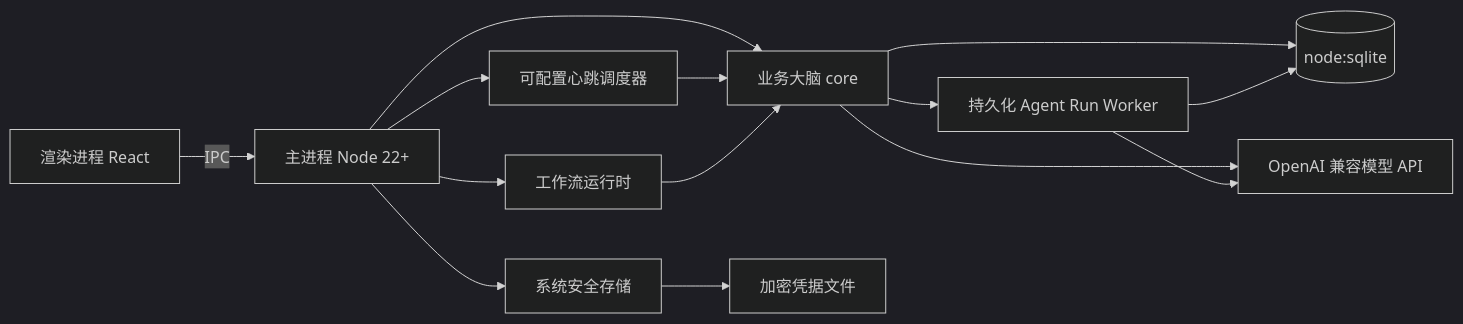
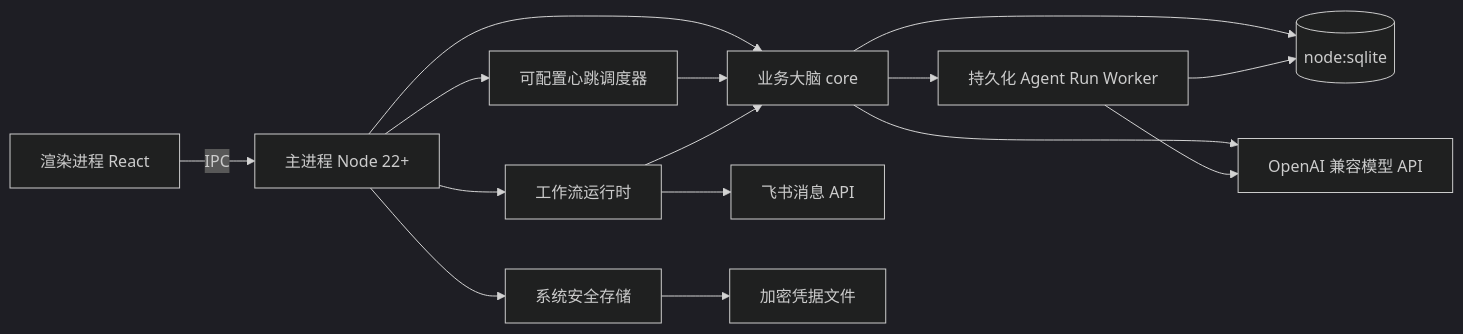
One commit to CuSO41108/mission-agent changed the diagram in README.md. Above: the diagram before and after it, drawn with Mermaid (dark theme). The commit also changed other lines of this file and 1 other file, not shown here.

Commit message:
docs(readme): document Feishu workflow connector

````diff
--- a/README.md
+++ b/README.md
@@ -115,16 +116,17 @@
 ```mermaid
 flowchart LR
   Renderer[渲染进程 React] -->|IPC| Main[主进程 Node 22+]
   Main --> Core[业务大脑 core]
   Core --> SQLite[(node:sqlite)]
   Core --> Model[OpenAI 兼容模型 API]
   Main --> Scheduler[可配置心跳调度器]
   Core --> Queue[持久化 Agent Run Worker]
   Queue --> SQLite
   Queue --> Model
   Main --> Workflow[工作流运行时]
+  Workflow --> Feishu[飞书消息 API]
   Main --> SafeStorage[系统安全存储]
   Scheduler --> Core
   SafeStorage --> Secrets[加密凭据文件]
   Workflow --> Core
 ```
````
